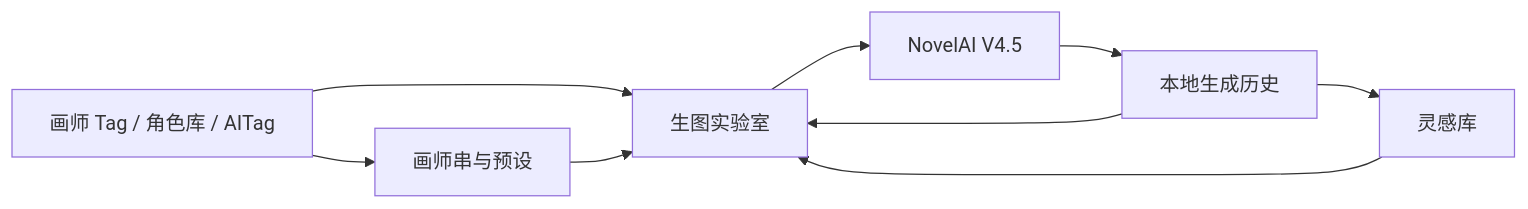
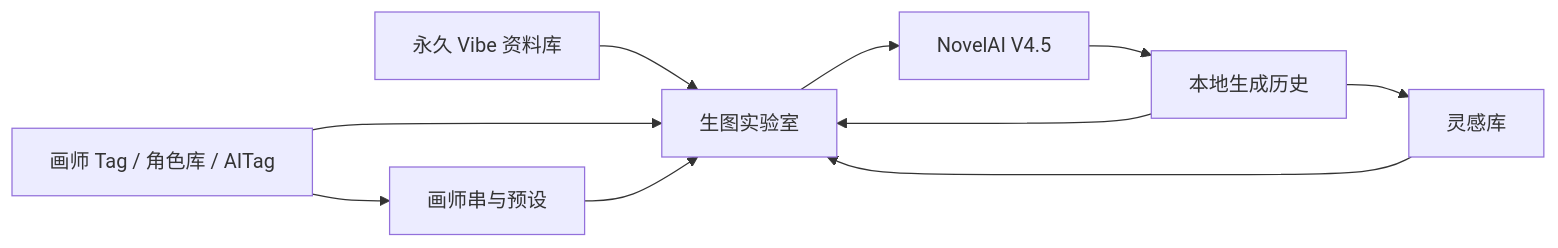
One commit to HelloQun54321/nai-atelier changed the first of 3 diagrams in README.md. Above: the diagram before and after it, drawn with Mermaid. The commit also changed other lines of this file and 11 other files, not shown here.

````diff
--- a/README.md
+++ b/README.md
@@ -68,11 +69,12 @@
 ```mermaid
 flowchart LR
     A["画师 Tag / 角色库 / AITag"] --> B["画师串与预设"]
+    V["永久 Vibe 资料库"] --> C["生图实验室"]
     A --> C["生图实验室"]
     B --> C
     C --> D["NovelAI V4.5"]
     D --> E["本地生成历史"]
     E --> F["灵感库"]
     E --> C
     F --> C
 ```
````
